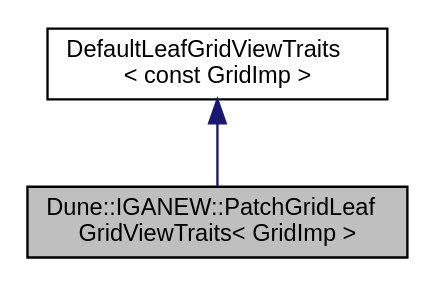
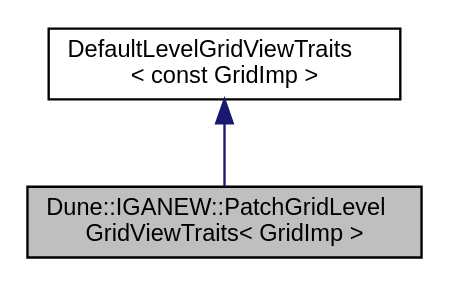
Before and after one commit to rath3t/dune-iga-doc: the diagram in dd/dad/a01235.dot, drawn with Graphviz. The commit also changed 1206 other files, not shown here.

```diff
--- a/dd/dad/a01235.dot
+++ b/dd/dad/a01235.dot
@@ -1,9 +1,9 @@
-digraph "Dune::IGANEW::PatchGridLeafGridViewTraits&lt; GridImp &gt;"
+digraph "Dune::IGANEW::PatchGridLevelGridViewTraits&lt; GridImp &gt;"
 {
  // LATEX_PDF_SIZE
   edge [fontname="Helvetica",fontsize="10",labelfontname="Helvetica",labelfontsize="10"];
   node [fontname="Helvetica",fontsize="10",shape=record];
-  Node1 [label="Dune::IGANEW::PatchGridLeaf\lGridViewTraits\< GridImp \>",height=0.2,width=0.4,color="black", fillcolor="grey75", style="filled", fontcolor="black",tooltip=" "];
+  Node1 [label="Dune::IGANEW::PatchGridLevel\lGridViewTraits\< GridImp \>",height=0.2,width=0.4,color="black", fillcolor="grey75", style="filled", fontcolor="black",tooltip=" "];
   Node2 -> Node1 [dir="back",color="midnightblue",fontsize="10",style="solid",fontname="Helvetica"];
-  Node2 [label="DefaultLeafGridViewTraits\l\< const GridImp \>",height=0.2,width=0.4,color="black", fillcolor="white", style="filled",tooltip=" "];
+  Node2 [label="DefaultLevelGridViewTraits\l\< const GridImp \>",height=0.2,width=0.4,color="black", fillcolor="white", style="filled",tooltip=" "];
 }
```
